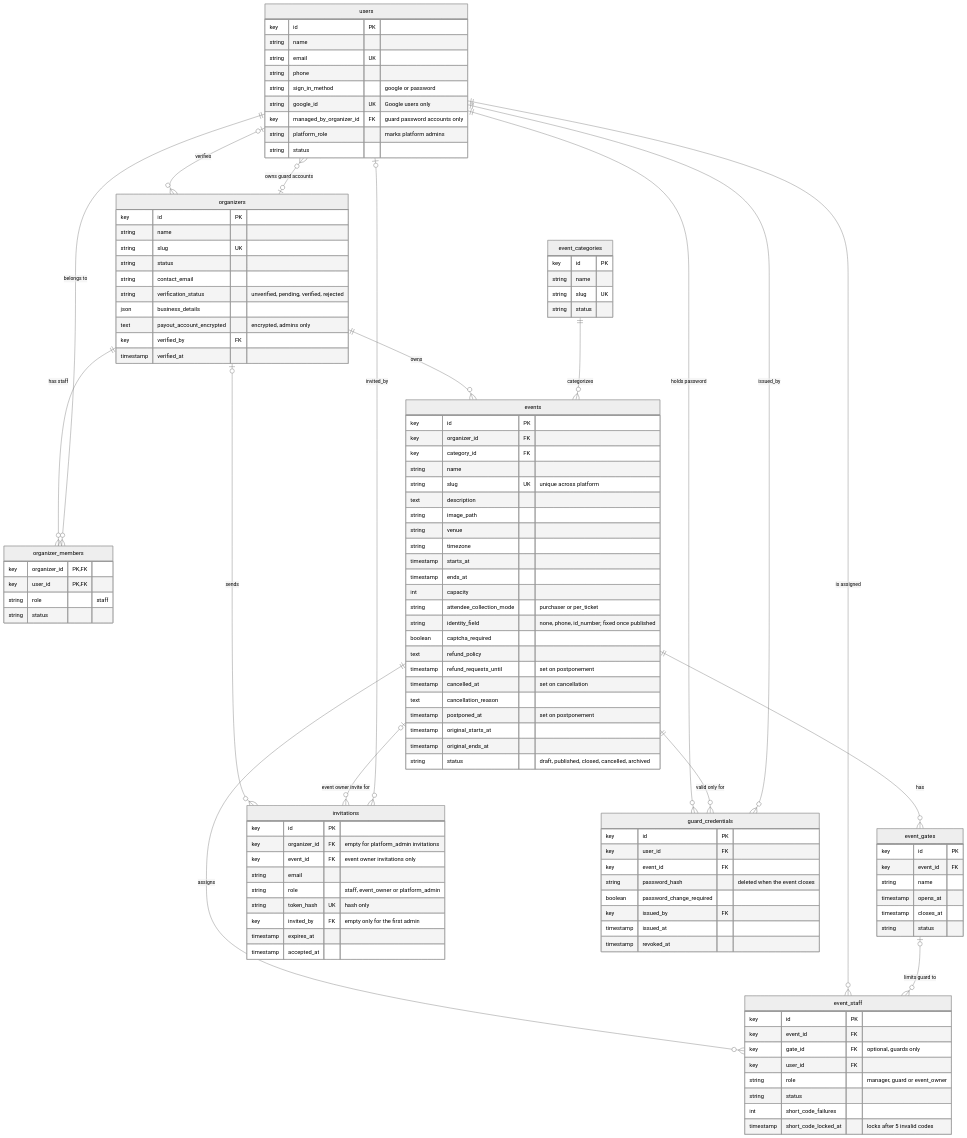
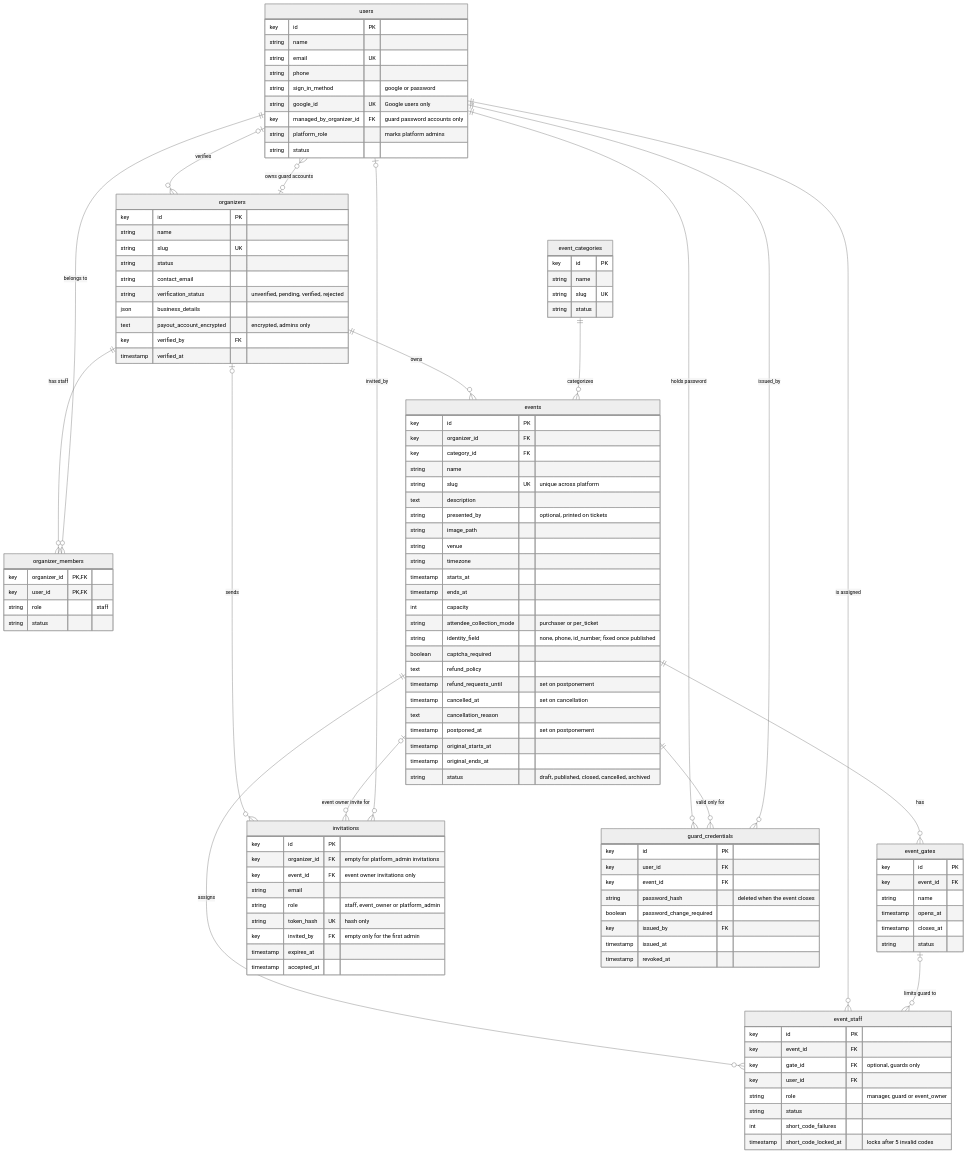
Before and after one commit to kreativesahara/ticket: the diagram in doc/diagrams/erd/01-identity-and-tenancy.mmd, drawn with Mermaid (neutral theme). The commit also changed 15 other files, not shown here.

Commit message:
docs: add identity ERD, platform admin use case diagrams, and SOW updates

```diff
--- a/doc/diagrams/erd/01-identity-and-tenancy.mmd
+++ b/doc/diagrams/erd/01-identity-and-tenancy.mmd
@@ -1,117 +1,118 @@
 erDiagram
     users {
         key id PK
         string name
         string email UK
         string phone
         string sign_in_method "google or password"
         string google_id UK "Google users only"
         key managed_by_organizer_id FK "guard password accounts only"
         string platform_role "marks platform admins"
         string status
     }
     organizers {
         key id PK
         string name
         string slug UK
         string status
         string contact_email
         string verification_status "unverified, pending, verified, rejected"
         json business_details
         text payout_account_encrypted "encrypted, admins only"
         key verified_by FK
         timestamp verified_at
     }
     organizer_members {
         key organizer_id PK, FK
         key user_id PK, FK
         string role "staff"
         string status
     }
     event_categories {
         key id PK
         string name
         string slug UK
         string status
     }
     events {
         key id PK
         key organizer_id FK
         key category_id FK
         string name
         string slug UK "unique across platform"
         text description
+        string presented_by "optional, printed on tickets"
         string image_path
         string venue
         string timezone
         timestamp starts_at
         timestamp ends_at
         int capacity
         string attendee_collection_mode "purchaser or per_ticket"
         string identity_field "none, phone, id_number; fixed once published"
         boolean captcha_required
         text refund_policy
         timestamp refund_requests_until "set on postponement"
         timestamp cancelled_at "set on cancellation"
         text cancellation_reason
         timestamp postponed_at "set on postponement"
         timestamp original_starts_at
         timestamp original_ends_at
         string status "draft, published, closed, cancelled, archived"
     }
     event_gates {
         key id PK
         key event_id FK
         string name
         timestamp opens_at
         timestamp closes_at
         string status
     }
     event_staff {
         key id PK
         key event_id FK
         key gate_id FK "optional, guards only"
         key user_id FK
         string role "manager, guard or event_owner"
         string status
         int short_code_failures
         timestamp short_code_locked_at "locks after 5 invalid codes"
     }
     invitations {
         key id PK
         key organizer_id FK "empty for platform_admin invitations"
         key event_id FK "event owner invitations only"
         string email
         string role "staff, event_owner or platform_admin"
         string token_hash UK "hash only"
         key invited_by FK "empty only for the first admin"
         timestamp expires_at
         timestamp accepted_at
     }
     guard_credentials {
         key id PK
         key user_id FK
         key event_id FK
         string password_hash "deleted when the event closes"
         boolean password_change_required
         key issued_by FK
         timestamp issued_at
         timestamp revoked_at
     }
 
     organizers ||--o{ organizer_members : "has staff"
     users ||--o{ organizer_members : "belongs to"
     organizers |o--o{ users : "owns guard accounts"
     users |o--o{ organizers : "verifies"
     organizers ||--o{ events : "owns"
     event_categories ||--o{ events : "categorizes"
     events ||--o{ event_gates : "has"
     events ||--o{ event_staff : "assigns"
     users ||--o{ event_staff : "is assigned"
     event_gates |o--o{ event_staff : "limits guard to"
     organizers |o--o{ invitations : "sends"
     events |o--o{ invitations : "event owner invite for"
     users |o--o{ invitations : "invited_by"
     users ||--o{ guard_credentials : "holds password"
     events ||--o{ guard_credentials : "valid only for"
     users ||--o{ guard_credentials : "issued_by"
```
